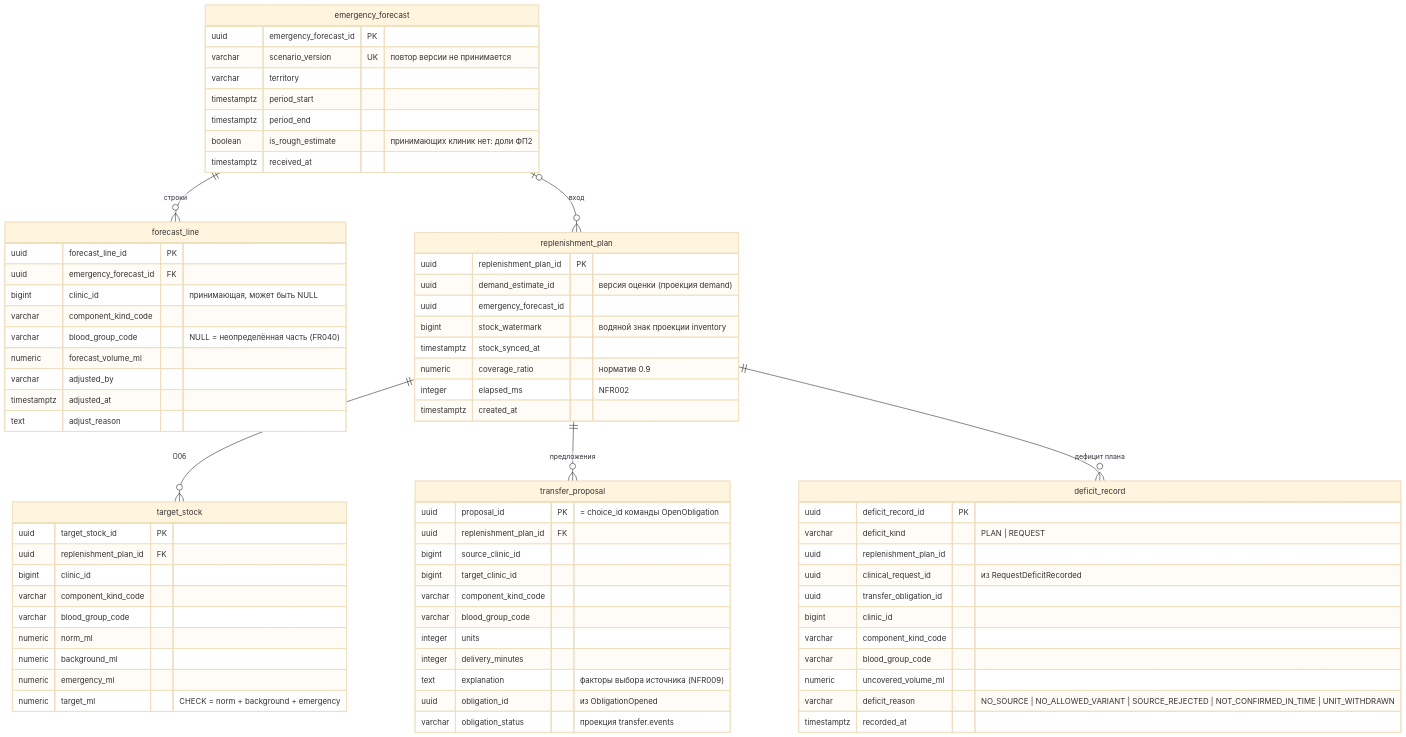
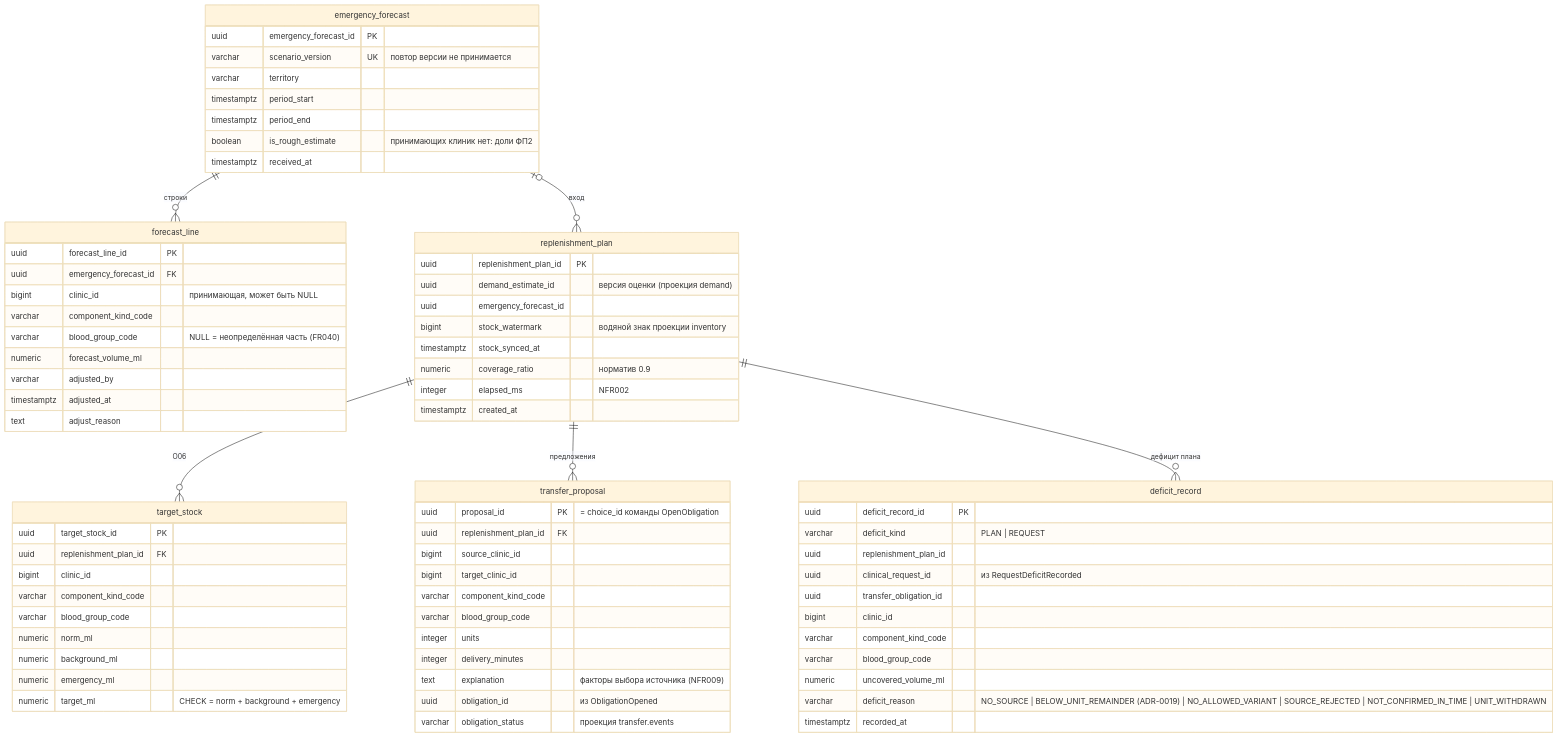
Before and after one commit to AlchemistBro/blood-supply-pet: the second of 2 diagrams in docs/architecture/data-model.md, drawn with Mermaid (base theme). The commit also changed 3 other files, not shown here.

Commit message:
Этап 5: ADR-0019 - защищённый объём для transfer в единицах без обязательств, причина дефицита BELOW_UNIT_REMAINDER

````diff
--- a/docs/architecture/data-model.md
+++ b/docs/architecture/data-model.md
@@ -120,76 +120,76 @@
 ```mermaid
 erDiagram
     emergency_forecast ||--o{ forecast_line : строки
     replenishment_plan ||--o{ target_stock : "O06"
     replenishment_plan ||--o{ transfer_proposal : предложения
     replenishment_plan ||--o{ deficit_record : "дефицит плана"
     emergency_forecast o|--o{ replenishment_plan : "вход"
 
     emergency_forecast {
         uuid emergency_forecast_id PK
         varchar scenario_version UK "повтор версии не принимается"
         varchar territory
         timestamptz period_start
         timestamptz period_end
         boolean is_rough_estimate "принимающих клиник нет: доли ФП2"
         timestamptz received_at
     }
     forecast_line {
         uuid forecast_line_id PK
         uuid emergency_forecast_id FK
         bigint clinic_id "принимающая, может быть NULL"
         varchar component_kind_code
         varchar blood_group_code "NULL = неопределённая часть (FR040)"
         numeric forecast_volume_ml
         varchar adjusted_by
         timestamptz adjusted_at
         text adjust_reason
     }
     replenishment_plan {
         uuid replenishment_plan_id PK
         uuid demand_estimate_id "версия оценки (проекция demand)"
         uuid emergency_forecast_id
         bigint stock_watermark "водяной знак проекции inventory"
         timestamptz stock_synced_at
         numeric coverage_ratio "норматив 0.9"
         integer elapsed_ms "NFR002"
         timestamptz created_at
     }
     target_stock {
         uuid target_stock_id PK
         uuid replenishment_plan_id FK
         bigint clinic_id
         varchar component_kind_code
         varchar blood_group_code
         numeric norm_ml
         numeric background_ml
         numeric emergency_ml
         numeric target_ml "CHECK = norm + background + emergency"
     }
     transfer_proposal {
         uuid proposal_id PK "= choice_id команды OpenObligation"
         uuid replenishment_plan_id FK
         bigint source_clinic_id
         bigint target_clinic_id
         varchar component_kind_code
         varchar blood_group_code
         integer units
         integer delivery_minutes
         text explanation "факторы выбора источника (NFR009)"
         uuid obligation_id "из ObligationOpened"
         varchar obligation_status "проекция transfer.events"
     }
     deficit_record {
         uuid deficit_record_id PK
         varchar deficit_kind "PLAN | REQUEST"
         uuid replenishment_plan_id
         uuid clinical_request_id "из RequestDeficitRecorded"
         uuid transfer_obligation_id
         bigint clinic_id
         varchar component_kind_code
         varchar blood_group_code
         numeric uncovered_volume_ml
-        varchar deficit_reason "NO_SOURCE | NO_ALLOWED_VARIANT | SOURCE_REJECTED | NOT_CONFIRMED_IN_TIME | UNIT_WITHDRAWN"
+        varchar deficit_reason "NO_SOURCE | BELOW_UNIT_REMAINDER (ADR-0019) | NO_ALLOWED_VARIANT | SOURCE_REJECTED | NOT_CONFIRMED_IN_TIME | UNIT_WITHDRAWN"
         timestamptz recorded_at
     }
 ```
````
